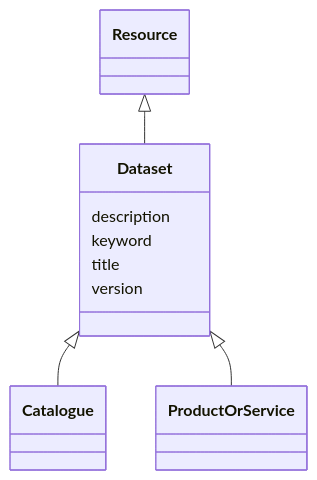
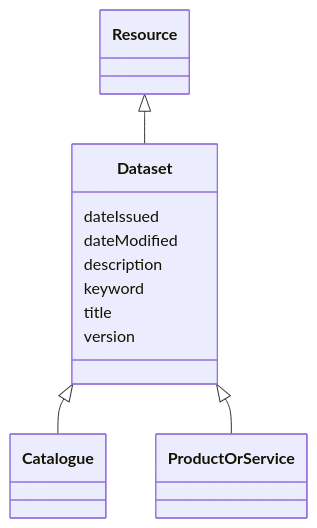
Before and after one commit to EVORA-project/evora-ontology: the diagram in models/docs/Dataset.md, drawn with Mermaid. The commit also changed other lines of this file and 377 other files, not shown here.

````diff
--- a/models/docs/Dataset.md
+++ b/models/docs/Dataset.md
@@ -21,24 +21,28 @@
 ```mermaid
  classDiagram
     class Dataset
     click Dataset href "../Dataset"
       Resource <|-- Dataset
         click Resource href "../Resource"
       
 
       Dataset <|-- Catalogue
         click Catalogue href "../Catalogue"
       Dataset <|-- ProductOrService
         click ProductOrService href "../ProductOrService"
       
       
+      Dataset : dateIssued
+        
+      Dataset : dateModified
+        
       Dataset : description
         
       Dataset : keyword
         
       Dataset : title
         
       Dataset : version
         
       
 ```
````
